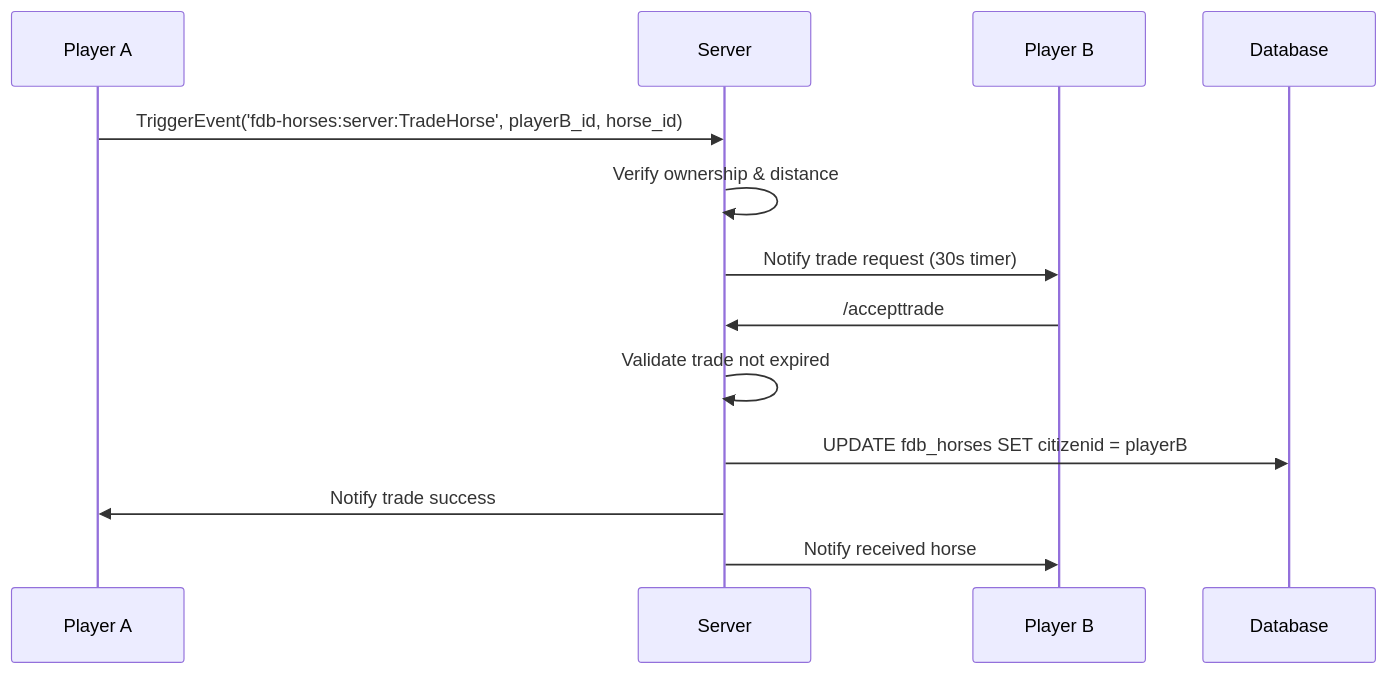
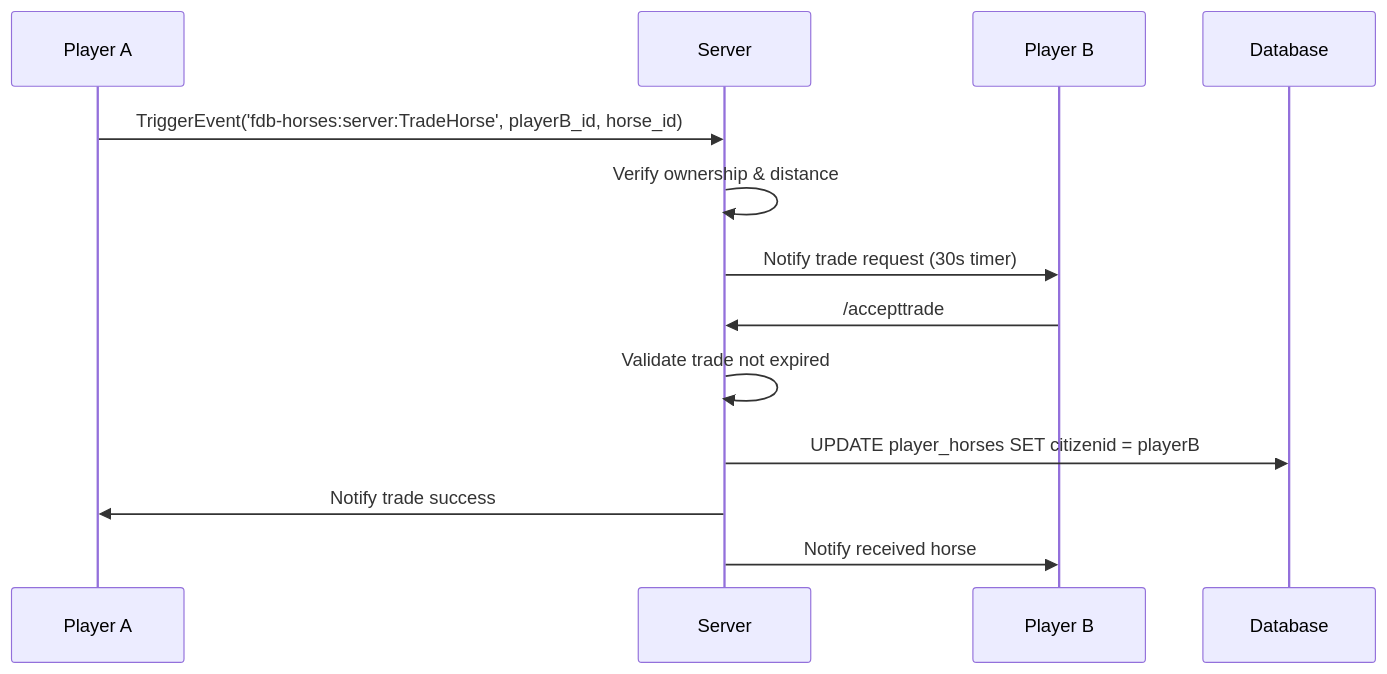
The diagram in fdb-horses/README.md (FarrofaDeBacon/FDB-System), drawn with Mermaid before and after one commit. The commit also changed other lines of this file and 9 other files, not shown here.

Commit message:
fix: restore table name player_horses in fdb-horses

````diff
--- a/fdb-horses/README.md
+++ b/fdb-horses/README.md
@@ -671,11 +671,11 @@
 ```mermaid
 sequenceDiagram
     Player A->>Server: TriggerEvent('fdb-horses:server:TradeHorse', playerB_id, horse_id)
     Server->>Server: Verify ownership & distance
     Server->>Player B: Notify trade request (30s timer)
     Player B->>Server: /accepttrade
     Server->>Server: Validate trade not expired
-    Server->>Database: UPDATE fdb_horses SET citizenid = playerB
+    Server->>Database: UPDATE player_horses SET citizenid = playerB
     Server->>Player A: Notify trade success
     Server->>Player B: Notify received horse
 ```
````
